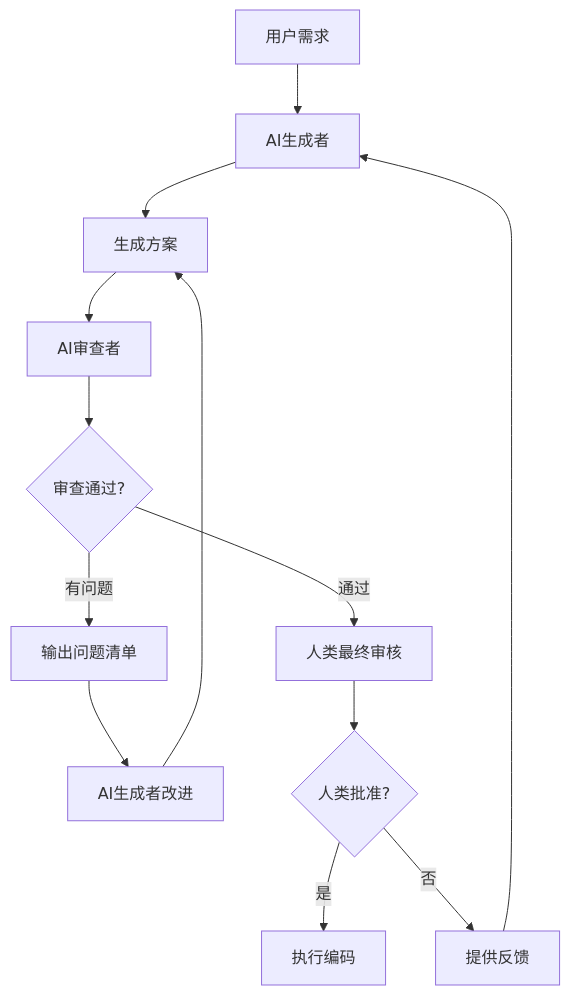
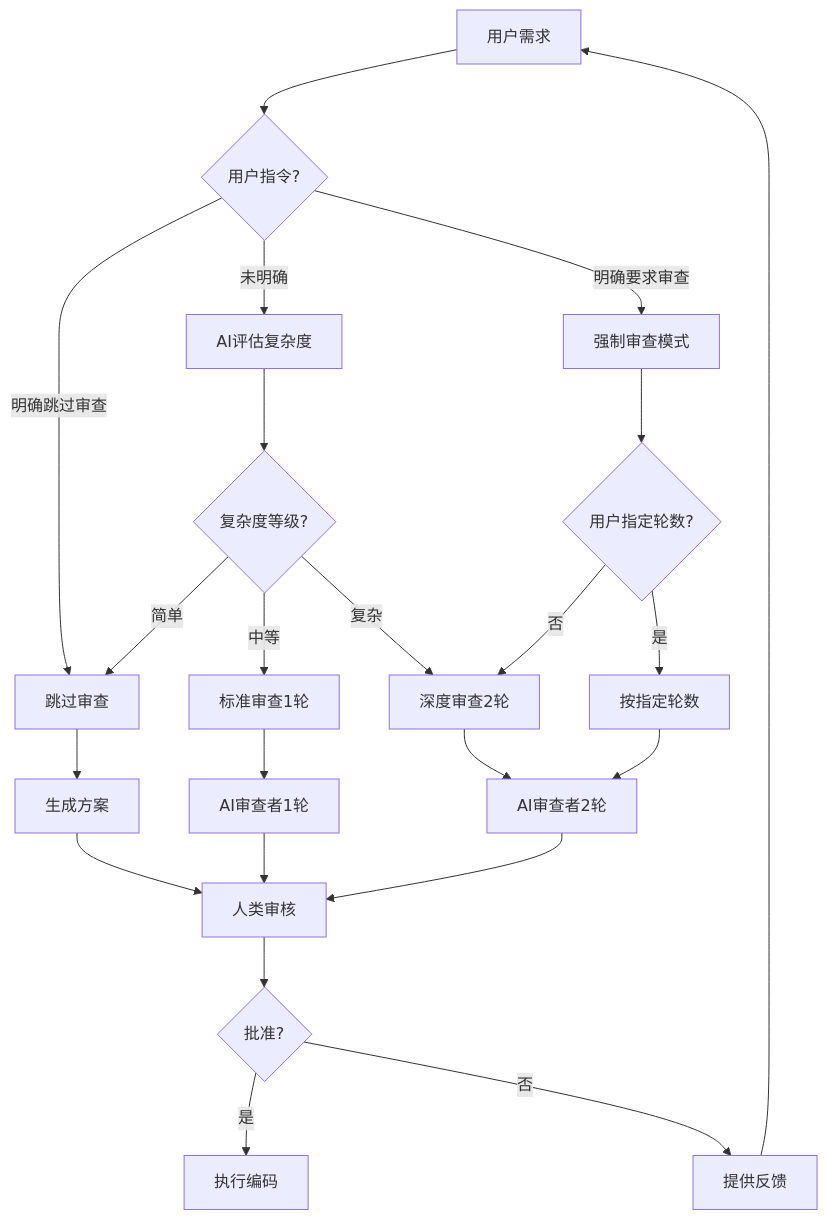
The diagram in dev/V3.0/pending/001-ai-mutual-review.md (zibuyu2015831/AI-Coding-Context), drawn with Mermaid before and after one commit. The commit also changed other lines of this file and 79 other files, not shown here.

````diff
--- a/dev/V3.0/pending/001-ai-mutual-review.md
+++ b/dev/V3.0/pending/001-ai-mutual-review.md
@@ -41,15 +74,30 @@
 ```mermaid
 graph TD
-    A[用户需求] --> B[AI生成者]
-    B --> C[生成方案]
-    C --> D[AI审查者]
-    D --> E{审查通过?}
-    E -->|有问题| F[输出问题清单]
-    E -->|通过| G[人类最终审核]
-    F --> H[AI生成者改进]
-    H --> C
-    G --> I{人类批准?}
-    I -->|是| J[执行编码]
-    I -->|否| K[提供反馈]
-    K --> B
+    A[用户需求] --> B{用户指令?}
+    B -->|明确要求审查| C[强制审查模式]
+    B -->|明确跳过审查| D[跳过审查]
+    B -->|未明确| E[AI评估复杂度]
+
+    E --> F{复杂度等级?}
+    F -->|简单| D
+    F -->|中等| G[标准审查1轮]
+    F -->|复杂| H[深度审查2轮]
+
+    C --> I{用户指定轮数?}
+    I -->|是| J[按指定轮数]
+    I -->|否| H
+
+    D --> K[生成方案]
+    G --> L[AI审查者1轮]
+    H --> M[AI审查者2轮]
+    J --> M
+
+    K --> N[人类审核]
+    L --> N
+    M --> N
+
+    N --> O{批准?}
+    O -->|是| P[执行编码]
+    O -->|否| Q[提供反馈]
+    Q --> A
 ```
````
